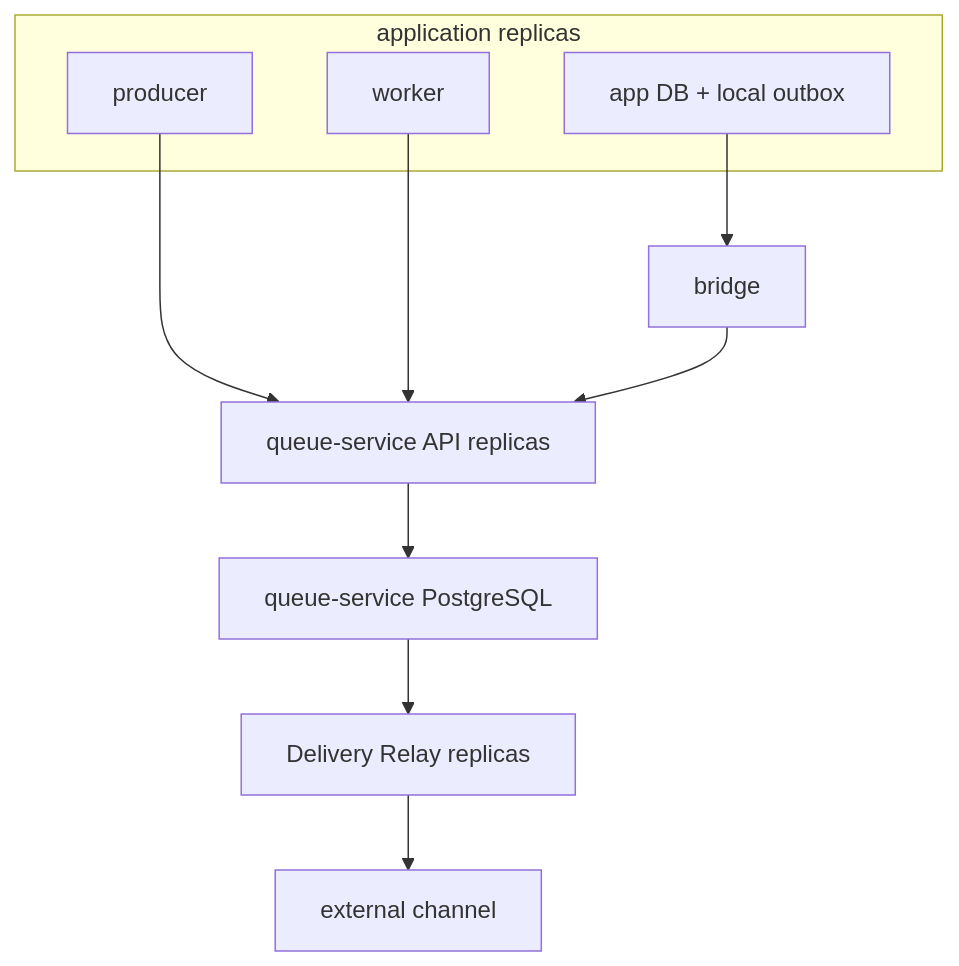
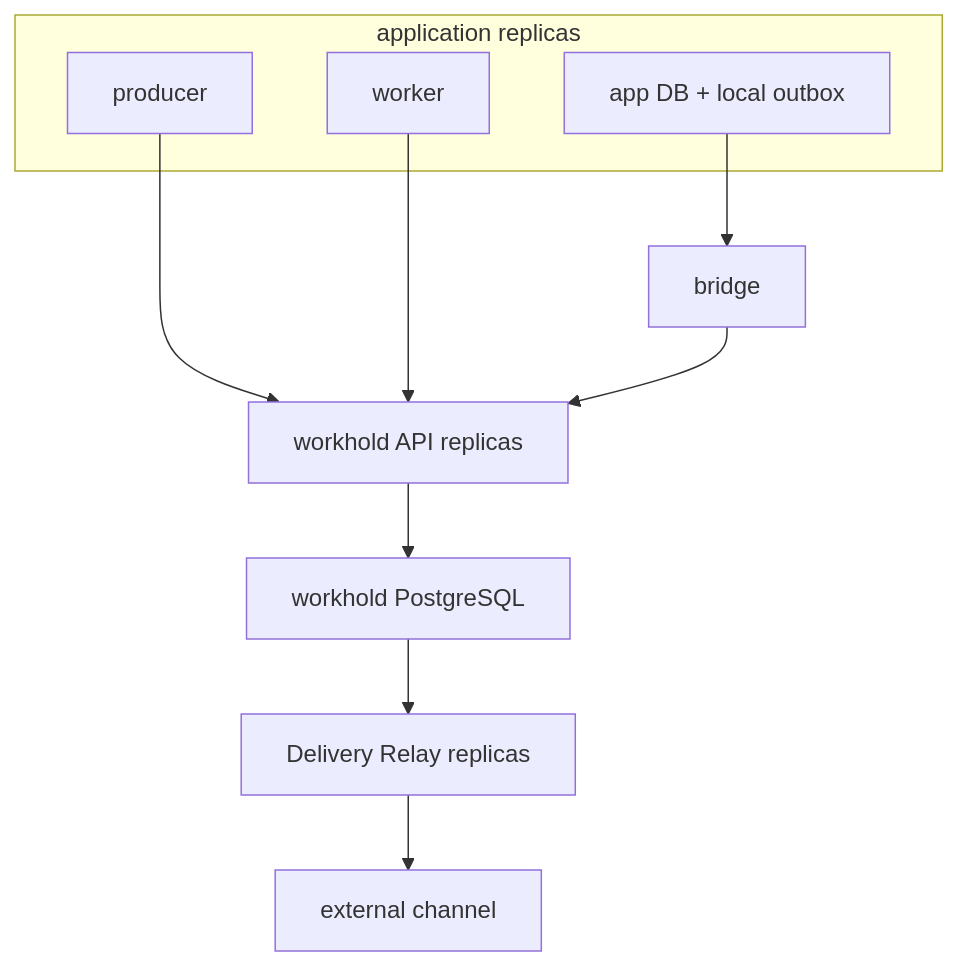
The first of 3 diagrams in docs/04-architecture/03-data-flow.md (KoninMikhail/workhold-durable-work-queue), drawn with Mermaid before and after one commit. The commit also changed other lines of this file and 582 other files, not shown here.

````diff
--- a/docs/04-architecture/03-data-flow.md
+++ b/docs/04-architecture/03-data-flow.md
@@ -5,18 +5,18 @@
 ```mermaid
 flowchart TB
   subgraph apps ["application replicas"]
     producer[producer]
     worker[worker]
     appdb["app DB + local outbox"]
   end
   bridge[bridge]
-  api["queue-service API replicas"]
-  pg["queue-service PostgreSQL"]
+  api["workhold API replicas"]
+  pg["workhold PostgreSQL"]
   relay["Delivery Relay replicas"]
   channel["external channel"]
   producer --> api
   worker --> api
   appdb --> bridge --> api
   api --> pg
   pg --> relay --> channel
 ```
````
